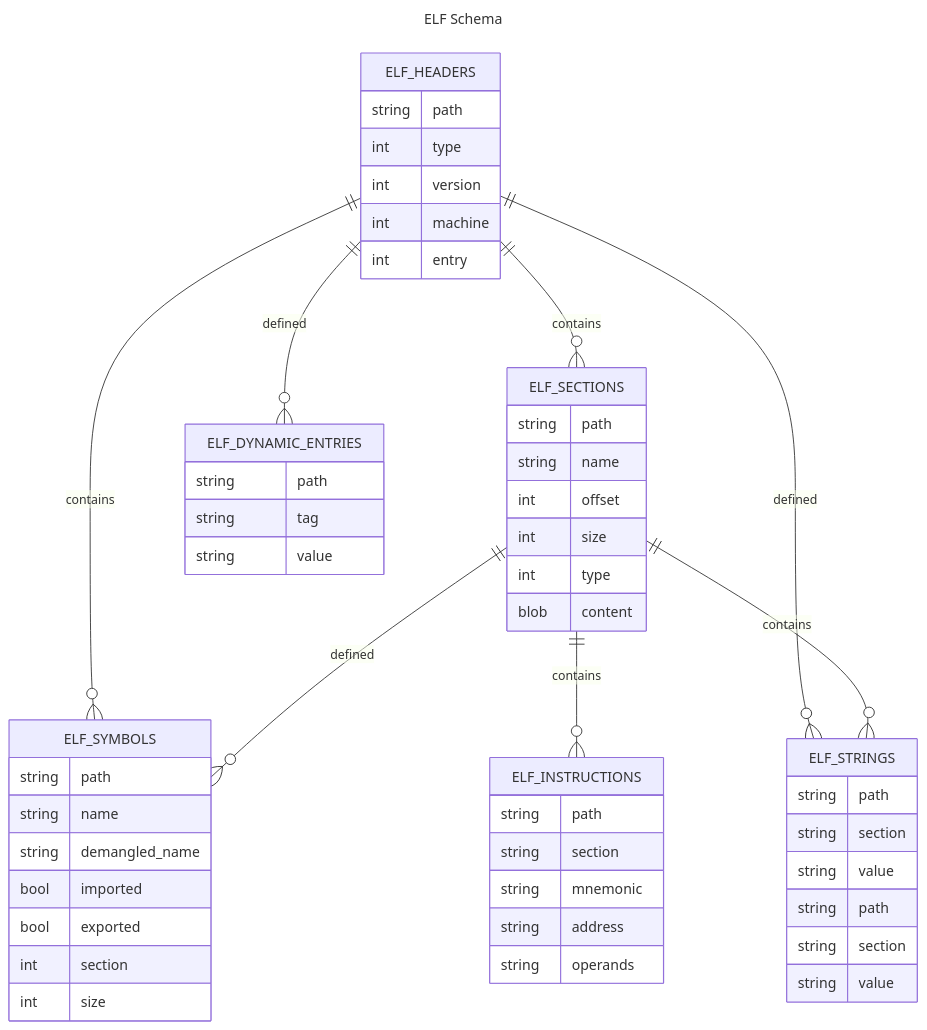
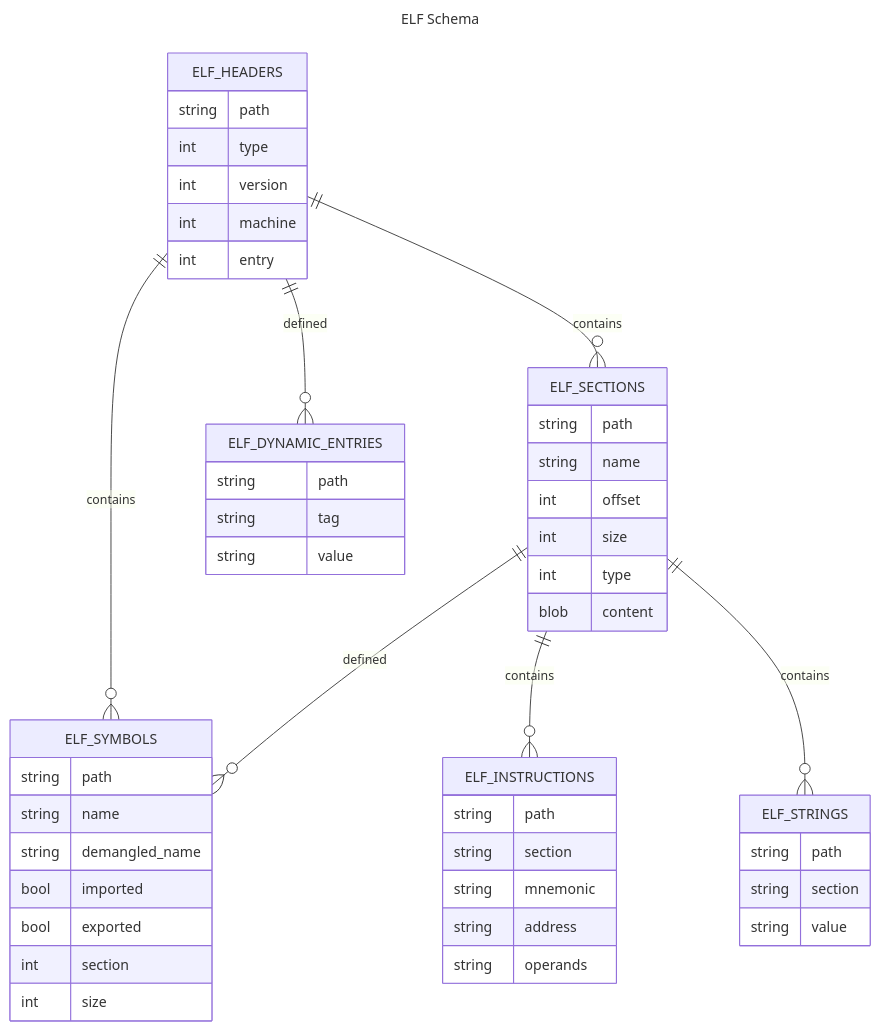
Before and after one commit to fzakaria/sqlelf: the diagram in README.md, drawn with Mermaid.

Commit message:
fix: improve entity relationship diagram in README

````diff
--- a/README.md
+++ b/README.md
@@ -12,59 +12,53 @@
 ```mermaid
 ---
 title: ELF Schema
 ---
 erDiagram
     ELF_HEADERS ||--o{ ELF_SECTIONS : contains
     ELF_HEADERS {
         string path
         int type
         int version
         int machine
         int entry
     }
     ELF_SECTIONS {
         string path
         string name
         int offset
         int size
         int type
         blob content
     }
     ELF_HEADERS ||--o{ ELF_SYMBOLS : contains
     ELF_SECTIONS ||--o{ ELF_SYMBOLS : defined
     ELF_SYMBOLS {
         string path
         string name
         string demangled_name
         bool imported
         bool exported
         int section
         int size
     }
-    ELF_HEADERS ||--o{ ELF_STRINGS : defined
-    ELF_STRINGS {
-        string path
-        string section
-        string value
-    }
     ELF_HEADERS ||--o{ ELF_DYNAMIC_ENTRIES : defined
     ELF_DYNAMIC_ENTRIES {
         string path
         string tag
         string value
     }
     ELF_SECTIONS ||--o{ ELF_INSTRUCTIONS : contains
     ELF_INSTRUCTIONS {
         string path
         string section
         string mnemonic
         string address
         string operands
     }
     ELF_SECTIONS ||--o{ ELF_STRINGS : contains
     ELF_STRINGS {
         string path
         string section
         string value
     }
 ```
````
